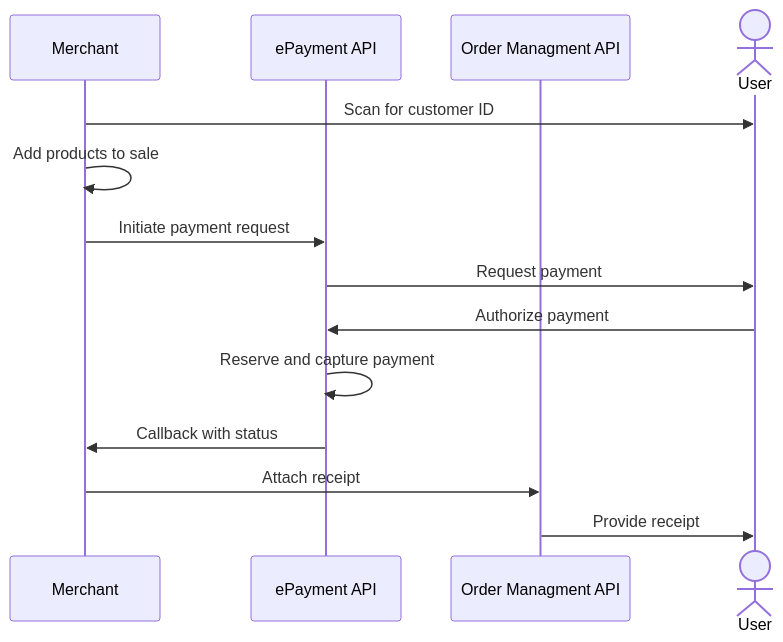
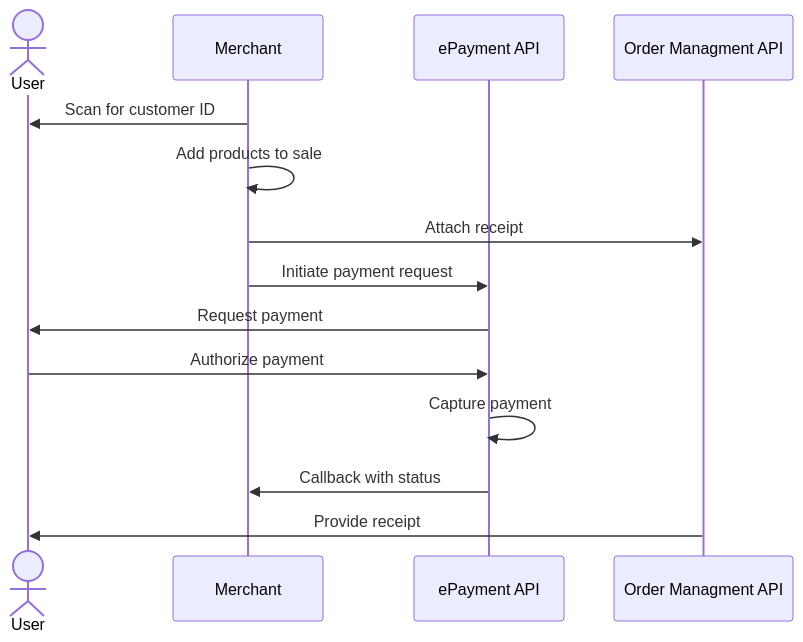
Before and after one commit to vippsas/vipps-solutions: the diagram in in-store/README.md, drawn with Mermaid.

````diff
--- a/in-store/README.md
+++ b/in-store/README.md
@@ -115,16 +115,16 @@
 ``` mermaid
 sequenceDiagram
+    actor U as User
     participant M as Merchant
     participant ePayment as ePayment API
     participant ordermanagement as Order Managment API
-    actor U as User
     M->>U: Scan for customer ID
     M->>M: Add products to sale
+    M->> ordermanagement: Attach receipt
     M->>ePayment: Initiate payment request
     ePayment->>U: Request payment
     U->>ePayment: Authorize payment
-    ePayment->>ePayment: Reserve and capture payment
+    ePayment->>ePayment: Capture payment
     ePayment->>M: Callback with status
-    M->> ordermanagement: Attach receipt
     ordermanagement->>U: Provide receipt
 ```
````
